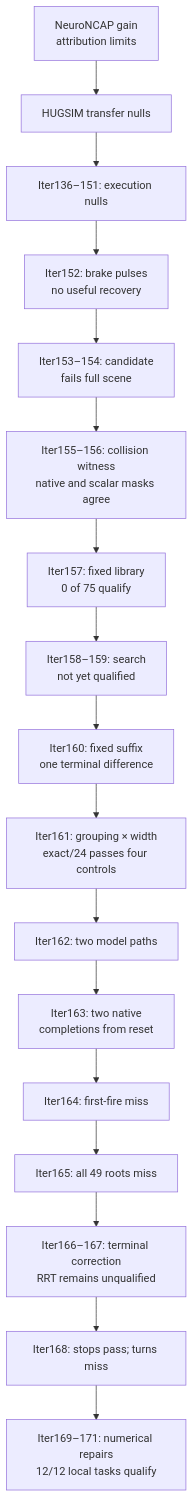
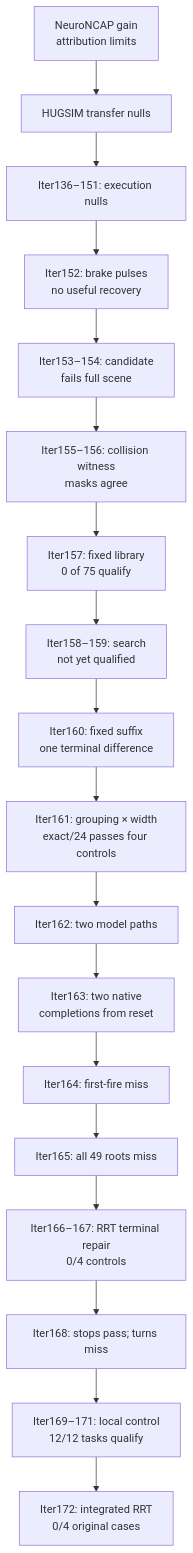
The second of 3 diagrams in README.md (manfromnowhere143/sentinel), drawn with Mermaid before and after one commit. The commit also changed other lines of this file and 15 other files, not shown here.

Commit message:
Publish integrated RRT qualification failure and next controlled experiment

````diff
--- a/README.md
+++ b/README.md
@@ -228,21 +228,22 @@
 ```mermaid
 flowchart TB
   accTitle: How the evidence changed the question
   accDescr: Local control qualifies; planner and first-fire recovery remain unresolved.
   N["NeuroNCAP gain<br/>attribution limits"] --> T["HUGSIM transfer nulls"]
   T --> E["Iter136–151: execution nulls"]
   E --> P["Iter152: brake pulses<br/>no useful recovery"]
   P --> M["Iter153–154: candidate<br/>fails full scene"]
-  M --> W["Iter155–156: collision witness<br/>native and scalar masks agree"]
+  M --> W["Iter155–156: collision witness<br/>masks agree"]
   W --> L["Iter157: fixed library<br/>0 of 75 qualify"]
   L --> A["Iter158–159: search<br/>not yet qualified"]
   A --> K["Iter160: fixed suffix<br/>one terminal difference"]
   K --> G["Iter161: grouping × width<br/>exact/24 passes four controls"]
   G --> S["Iter162: two model paths"]
   S --> V["Iter163: two native<br/>completions from reset"]
   V --> B["Iter164: first-fire miss"]
   B --> D["Iter165: all 49 roots miss"]
-  D --> R["Iter166–167: terminal correction<br/>RRT remains unqualified"]
+  D --> R["Iter166–167: RRT terminal repair<br/>0/4 controls"]
   R --> J["Iter168: stops pass; turns miss"]
-  J --> H["Iter169–171: numerical repairs<br/>12/12 local tasks qualify"]
+  J --> H["Iter169–171: local control<br/>12/12 tasks qualify"]
+  H --> I["Iter172: integrated RRT<br/>0/4 original cases"]
 ```
````
